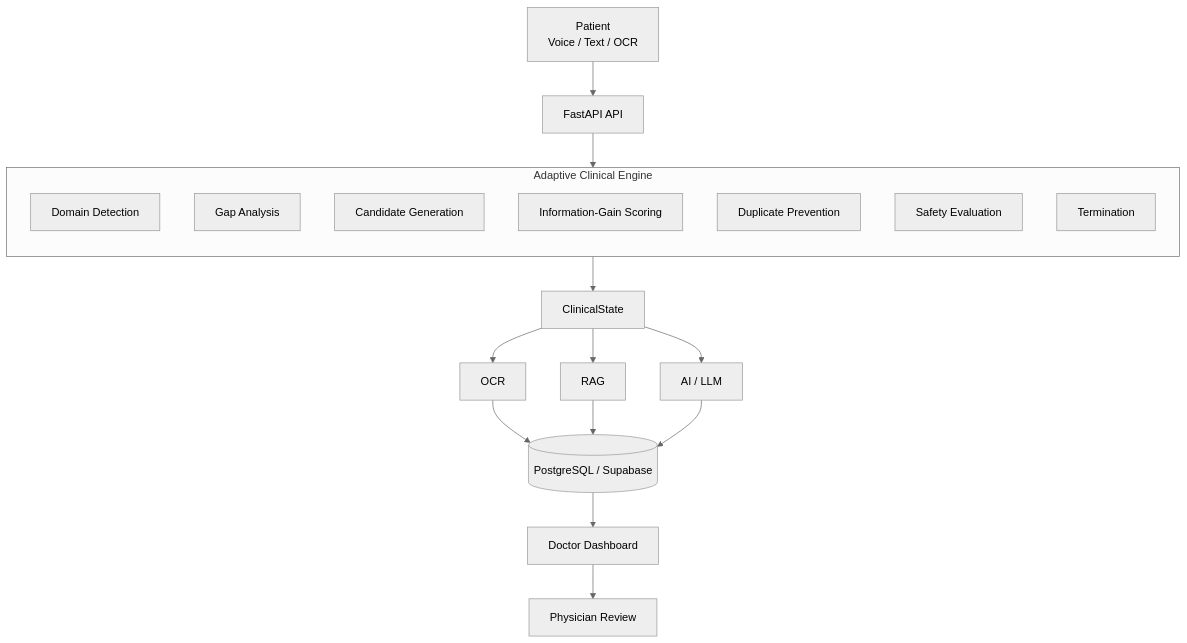
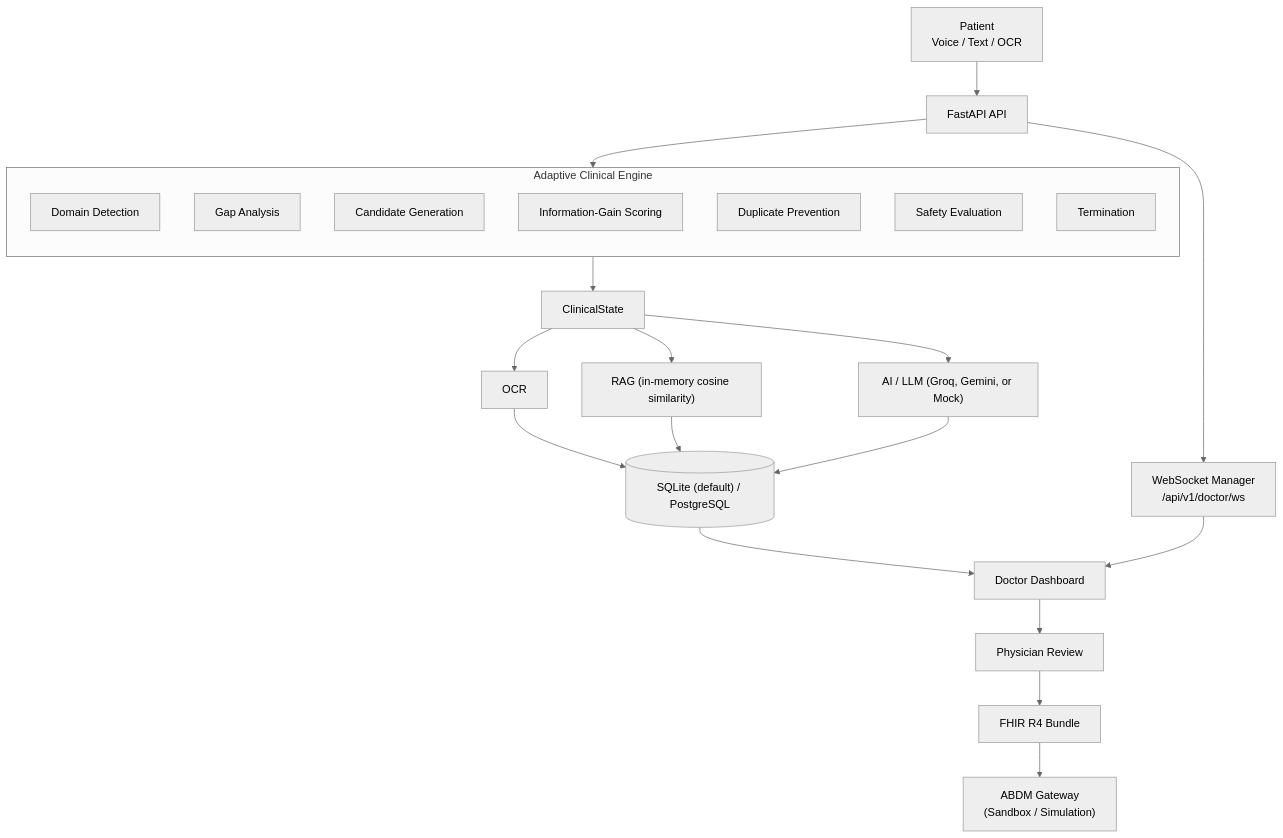
The tenth of 15 diagrams in README.md (OmkarD09/SwasthyaVaani), drawn with Mermaid (neutral theme) before and after one commit. The commit also changed other lines of this file and 16 other files, not shown here.

````diff
--- a/README.md
+++ b/README.md
@@ -312,26 +496,30 @@
 ```mermaid
 flowchart TD
     P["Patient<br/>Voice / Text / OCR"] --> API[FastAPI API]
     API --> ACE
+    API --> WS["WebSocket Manager<br/>/api/v1/doctor/ws"]
 
     subgraph ACE["Adaptive Clinical Engine"]
         direction TB
         DET[Domain Detection]
         GAP[Gap Analysis]
         CAND[Candidate Generation]
         SCORE["Information-Gain Scoring"]
         DUP[Duplicate Prevention]
         SAFE[Safety Evaluation]
         TERM[Termination]
     end
 
     ACE --> CS[ClinicalState]
     CS --> OCRN[OCR]
-    CS --> RAGN[RAG]
-    CS --> LLMN["AI / LLM"]
-    OCRN --> DB[("PostgreSQL / Supabase")]
+    CS --> RAGN["RAG (in-memory cosine similarity)"]
+    CS --> LLMN["AI / LLM (Groq, Gemini, or Mock)"]
+    OCRN --> DB[("SQLite (default) / PostgreSQL")]
     RAGN --> DB
     LLMN --> DB
     DB --> DASH[Doctor Dashboard]
+    WS --> DASH
     DASH --> PREV[Physician Review]
+    PREV --> FHIR["FHIR R4 Bundle"]
+    FHIR --> ABDM["ABDM Gateway<br/>(Sandbox / Simulation)"]
 ```
````
